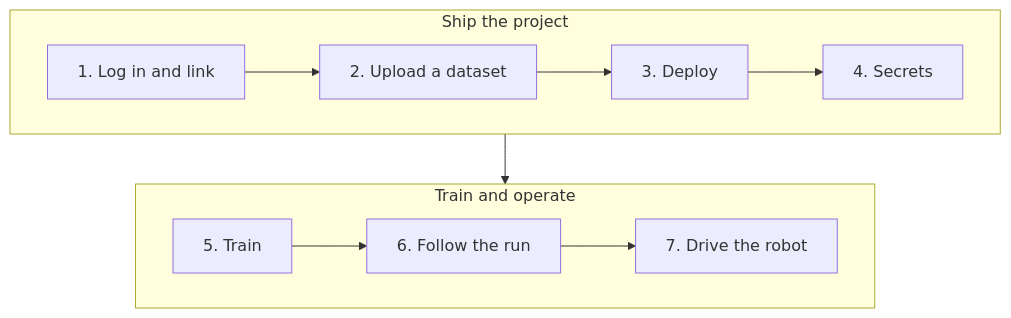
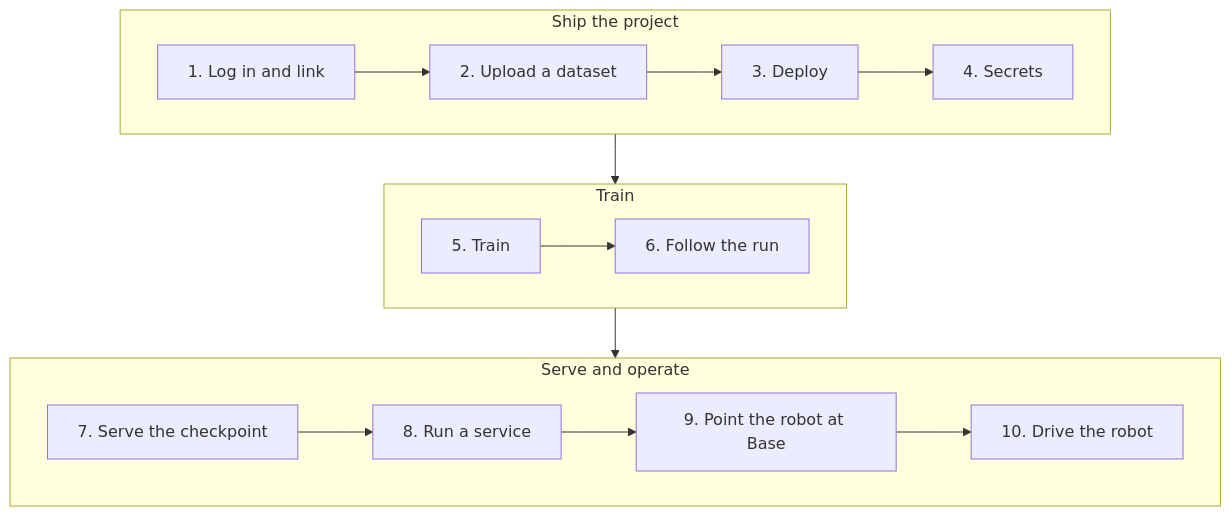
Before and after one commit to solarian-dev/solarian: the diagram in docs/solarian-base/quickstart/page.mdx, drawn with Mermaid. The commit also changed other lines of this file and 56 other files, not shown here.

````diff
--- a/docs/solarian-base/quickstart/page.mdx
+++ b/docs/solarian-base/quickstart/page.mdx
@@ -14,15 +15,20 @@
 ```mermaid
 flowchart TB
     subgraph ship ["Ship the project"]
         direction LR
         login["1. Log in and link"] --> upload["2. Upload a dataset"]
         upload --> deploy["3. Deploy"]
         deploy --> secrets["4. Secrets"]
     end
-    subgraph operate ["Train and operate"]
+    subgraph learn ["Train"]
         direction LR
         train["5. Train"] --> run["6. Follow the run"]
-        run --> robot["7. Drive the robot"]
     end
-    ship --> operate
+    subgraph serve ["Serve and operate"]
+        direction LR
+        policy["7. Serve the checkpoint"] --> service["8. Run a service"]
+        service --> point["9. Point the robot at Base"]
+        point --> robot["10. Drive the robot"]
+    end
+    ship --> learn --> serve
 ```
````
